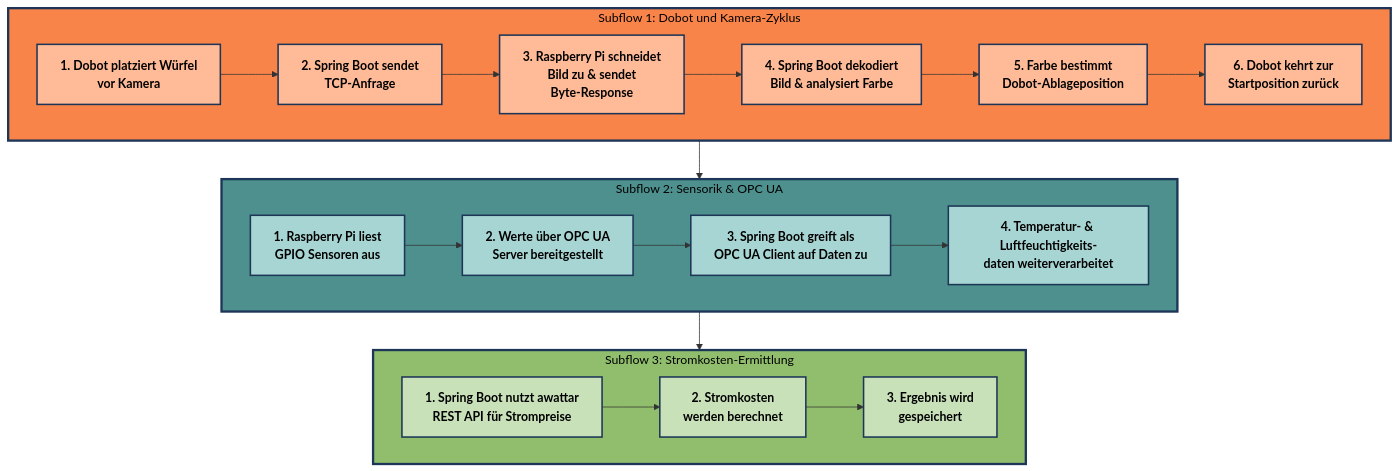
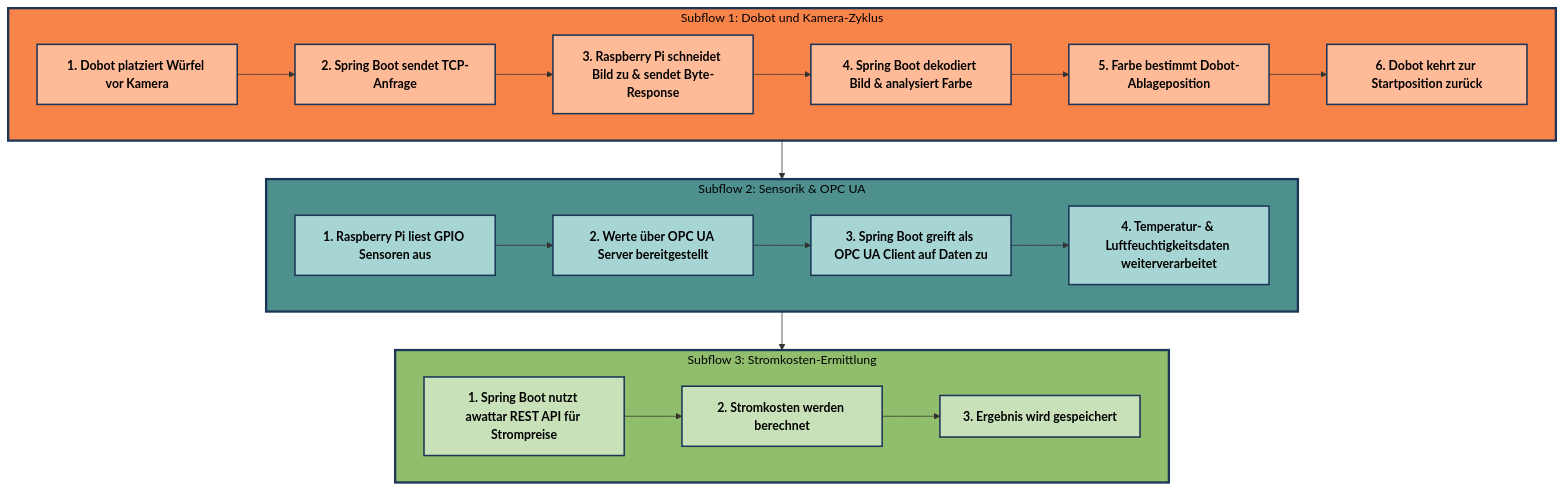
The second of 3 diagrams in docs/02_Systemarchitektur.md (MEscape/die-macher), drawn with Mermaid before and after one commit. The commit also changed other lines of this file and 13 other files, not shown here.

````diff
--- a/docs/02_Systemarchitektur.md
+++ b/docs/02_Systemarchitektur.md
@@ -83,49 +83,49 @@
 ```mermaid
 flowchart TB
     %% Subflow 1: Dobot und Kamera-Zyklus
     subgraph SF1["Subflow 1: Dobot und Kamera-Zyklus"]
-        A1["1. Dobot platziert Würfel\nvor Kamera"]:::sf1_step
-        B1["2. Spring Boot sendet\nTCP-Anfrage"]:::sf1_step
-        C1["3. Raspberry Pi schneidet\nBild zu & sendet\nByte-Response"]:::sf1_step
-        D1["4. Spring Boot dekodiert\nBild & analysiert Farbe"]:::sf1_step
-        E1["5. Farbe bestimmt\nDobot-Ablageposition"]:::sf1_step
-        F1["6. Dobot kehrt zur\nStartposition zurück"]:::sf1_step
+        A1["1. Dobot platziert Würfel vor Kamera"]:::sf1_step
+        B1["2. Spring Boot sendet TCP-Anfrage"]:::sf1_step
+        C1["3. Raspberry Pi schneidet Bild zu & sendet Byte-Response"]:::sf1_step
+        D1["4. Spring Boot dekodiert Bild & analysiert Farbe"]:::sf1_step
+        E1["5. Farbe bestimmt Dobot-Ablageposition"]:::sf1_step
+        F1["6. Dobot kehrt zur Startposition zurück"]:::sf1_step
         
         A1 --> B1 --> C1 --> D1 --> E1 --> F1
     end
 
     %% Subflow 2: Sensorik & OPC UA
     subgraph SF2["Subflow 2: Sensorik & OPC UA"]
-        A2["1. Raspberry Pi liest\nGPIO Sensoren aus"]:::sf2_step
-        B2["2. Werte über OPC UA\nServer bereitgestellt"]:::sf2_step
-        C2["3. Spring Boot greift als\nOPC UA Client auf Daten zu"]:::sf2_step
-        D2["4. Temperatur- & Luftfeuchtigkeits-\ndaten weiterverarbeitet"]:::sf2_step
+        A2["1. Raspberry Pi liest GPIO Sensoren aus"]:::sf2_step
+        B2["2. Werte über OPC UA Server bereitgestellt"]:::sf2_step
+        C2["3. Spring Boot greift als OPC UA Client auf Daten zu"]:::sf2_step
+        D2["4. Temperatur- & Luftfeuchtigkeitsdaten weiterverarbeitet"]:::sf2_step
         
         A2 --> B2 --> C2 --> D2
     end
 
     %% Subflow 3: Stromkosten-Ermittlung
     subgraph SF3["Subflow 3: Stromkosten-Ermittlung"]
-        A3["1. Spring Boot nutzt awattar\nREST API für Strompreise"]:::sf3_step
-        B3["2. Stromkosten\nwerden berechnet"]:::sf3_step 
-        C3["3. Ergebnis wird\ngespeichert"]:::sf3_step
+        A3["1. Spring Boot nutzt awattar REST API für Strompreise"]:::sf3_step
+        B3["2. Stromkosten werden berechnet"]:::sf3_step 
+        C3["3. Ergebnis wird gespeichert"]:::sf3_step
         
         A3 --> B3 --> C3
     end
 
     %% Verbesserte Struktur durch Platzierung
     SF1 --> SF2 --> SF3
     
     %% Verbessertes Styling mit deutlicheren Schritten
     classDef subflow1 fill:#F9844A,stroke:#1D3557,stroke-width:3px,color:black
     classDef subflow2 fill:#4D908E,stroke:#1D3557,stroke-width:3px,color:black
     classDef subflow3 fill:#90BE6D,stroke:#1D3557,stroke-width:3px,color:black
     
     classDef sf1_step fill:#FFBB98,stroke:#1D3557,stroke-width:2px,color:black,font-weight:bold
     classDef sf2_step fill:#A7D5D3,stroke:#1D3557,stroke-width:2px,color:black,font-weight:bold
     classDef sf3_step fill:#C8E1B9,stroke:#1D3557,stroke-width:2px,color:black,font-weight:bold
     
     class SF1 subflow1
     class SF2 subflow2
     class SF3 subflow3
 ```
````
